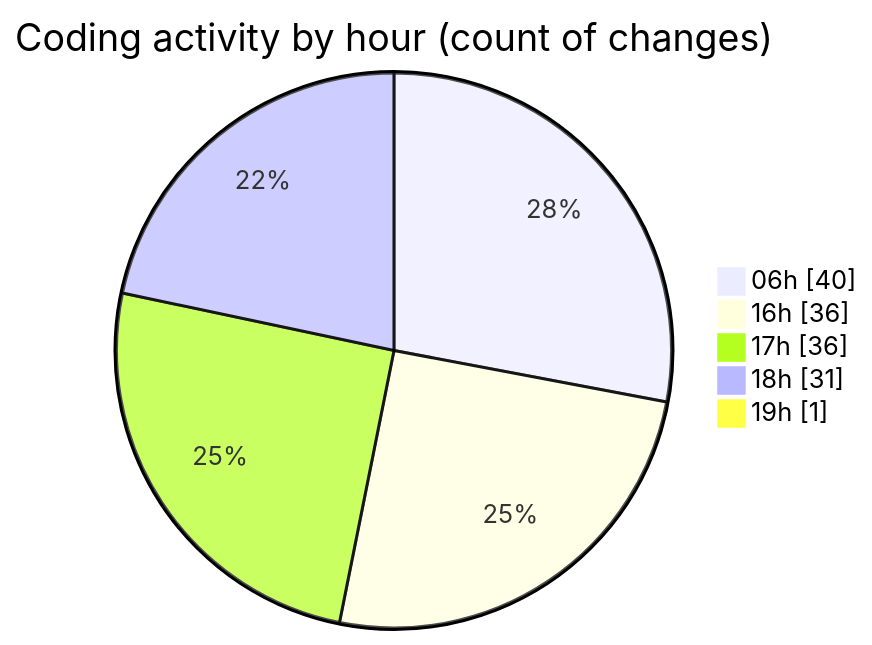
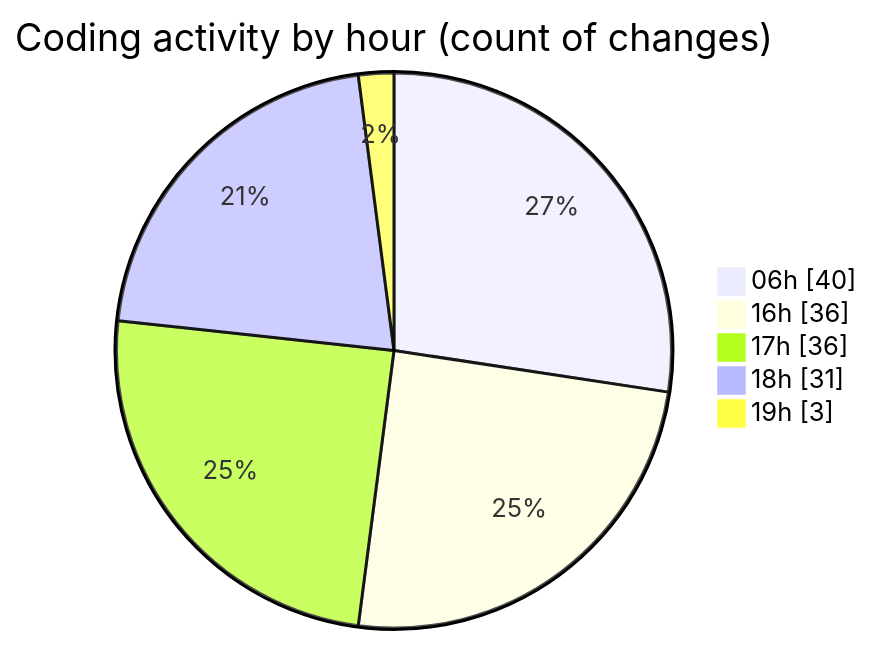
The second of 2 diagrams in 2025-02-25/micros/README.md (charlie-sans/code-tracking), drawn with Mermaid before and after one commit. The commit also changed other lines of this file and 1 other file, not shown here.

````diff
--- a/2025-02-25/micros/README.md
+++ b/2025-02-25/micros/README.md
@@ -75,9 +75,9 @@
 ```mermaid
 pie showData
 title Coding activity by hour (count of changes)
 "06h" : 40
 "16h" : 36
 "17h" : 36
 "18h" : 31
-"19h" : 1
+"19h" : 3
 ```
````
